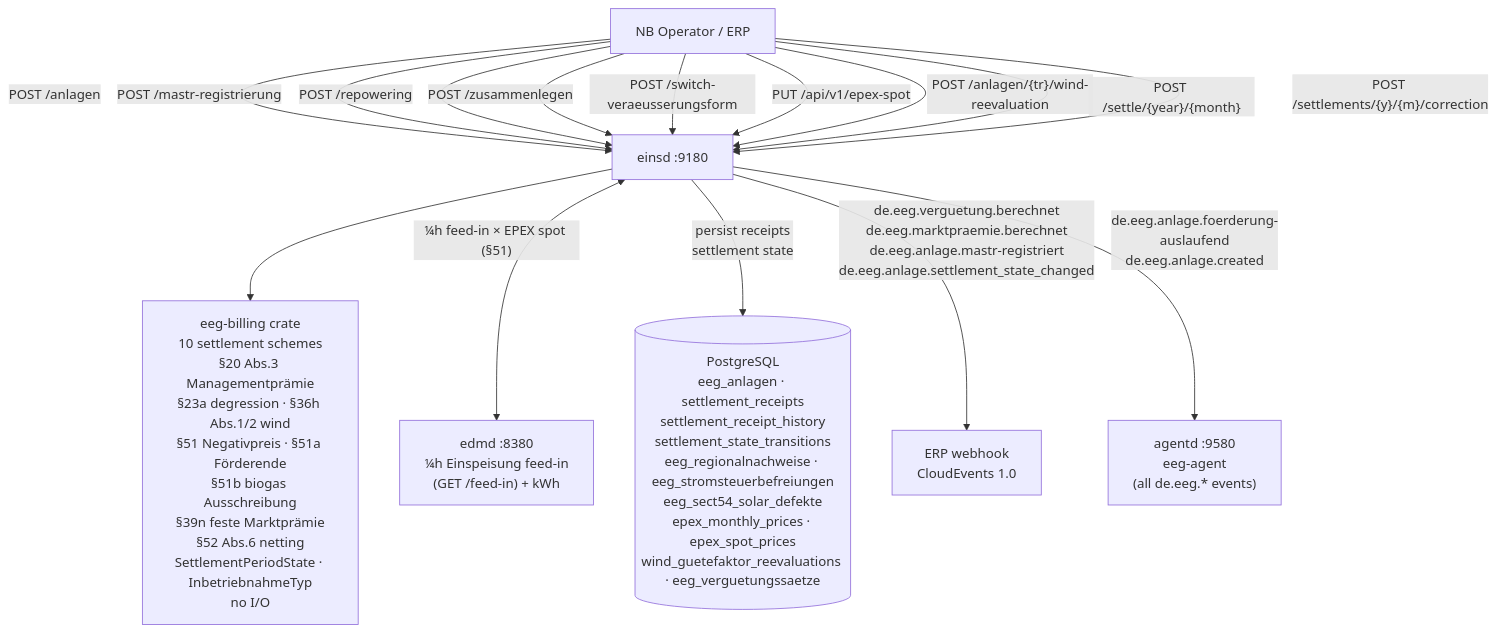
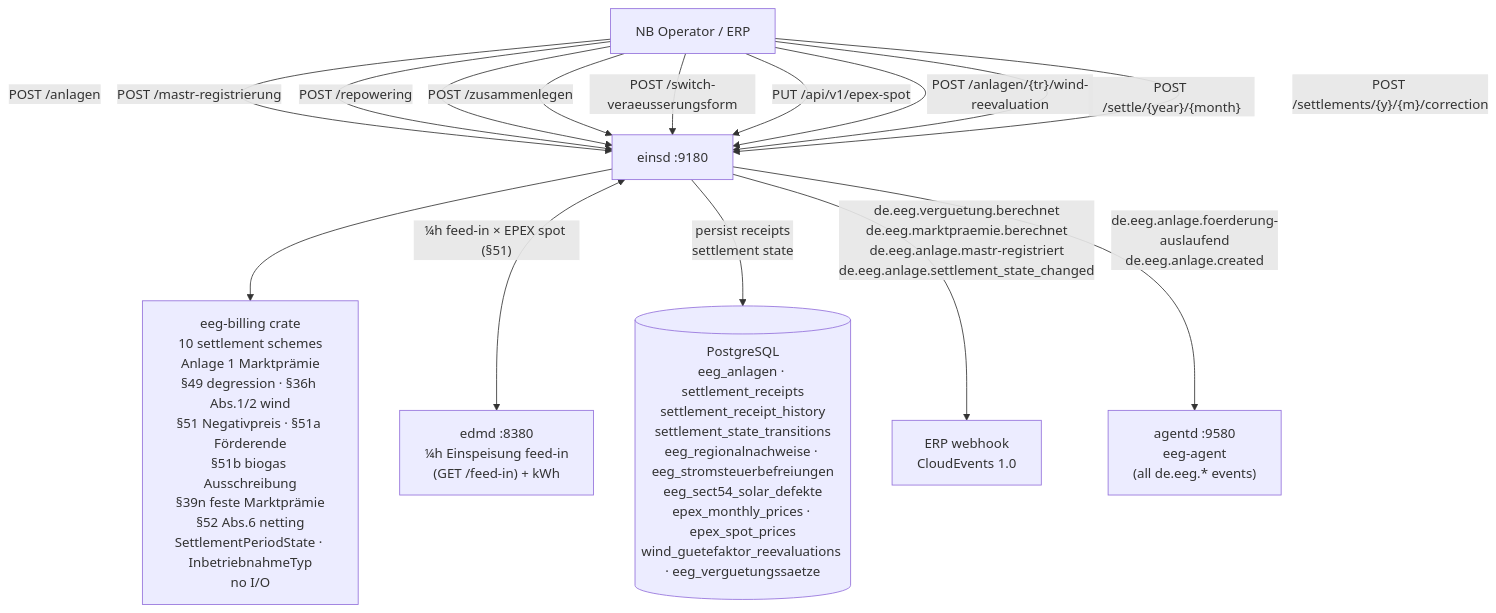
Before and after one commit to hupe1980/mako: the first of 8 diagrams in site/content/docs/services/einsd.md, drawn with Mermaid. The commit also changed other lines of this file and 164 other files, not shown here.

````diff
--- a/site/content/docs/services/einsd.md
+++ b/site/content/docs/services/einsd.md
@@ -21,25 +21,25 @@
 ```mermaid
 graph TB
     Operator["NB Operator / ERP"]
     edmd["edmd :8380<br/>¼h Einspeisung feed-in<br/>(GET /feed-in) + kWh"]
     einsd["einsd :9180"]
-    eeg_billing["eeg-billing crate<br/>10 settlement schemes<br/>§20 Abs.3 Managementprämie<br/>§23a degression · §36h Abs.1/2 wind<br/>§51 Negativpreis · §51a Förderende<br/>§51b biogas Ausschreibung<br/>§39n feste Marktprämie<br/>§52 Abs.6 netting<br/>SettlementPeriodState · InbetriebnahmeTyp<br/>no I/O"]
+    eeg_billing["eeg-billing crate<br/>10 settlement schemes<br/>Anlage 1 Marktprämie<br/>§49 degression · §36h Abs.1/2 wind<br/>§51 Negativpreis · §51a Förderende<br/>§51b biogas Ausschreibung<br/>§39n feste Marktprämie<br/>§52 Abs.6 netting<br/>SettlementPeriodState · InbetriebnahmeTyp<br/>no I/O"]
     db[("PostgreSQL<br/>eeg_anlagen · settlement_receipts<br/>settlement_receipt_history<br/>settlement_state_transitions<br/>eeg_regionalnachweise · eeg_stromsteuerbefreiungen<br/>eeg_sect54_solar_defekte<br/>epex_monthly_prices · epex_spot_prices<br/>wind_guetefaktor_reevaluations · eeg_verguetungssaetze")]
     erp["ERP webhook<br/>CloudEvents 1.0"]
     agentd["agentd :9580<br/>eeg-agent<br/>(all de.eeg.* events)"]
 
     Operator -->|"POST /anlagen"| einsd
     Operator -->|"POST /mastr-registrierung"| einsd
     Operator -->|"POST /repowering"| einsd
     Operator -->|"POST /zusammenlegen"| einsd
     Operator -->|"POST /switch-veraeusserungsform"| einsd
     Operator -->|"PUT /api/v1/epex-spot"| einsd
     Operator -->|"POST /anlagen/{tr}/wind-reevaluation"| einsd
     Operator -->|"POST /settle/{year}/{month}"| einsd
     Operator -->|"POST /settlements/{y}/{m}/correction"| einsd
     einsd --> eeg_billing
     einsd <-->|"¼h feed-in × EPEX spot (§51)"| edmd
     einsd -->|"persist receipts<br/>settlement state"| db
     einsd -->|"de.eeg.verguetung.berechnet<br/>de.eeg.marktpraemie.berechnet<br/>de.eeg.anlage.mastr-registriert<br/>de.eeg.anlage.settlement_state_changed"| erp
     einsd -->|"de.eeg.anlage.foerderung-auslaufend<br/>de.eeg.anlage.created"| agentd
 ```
````
